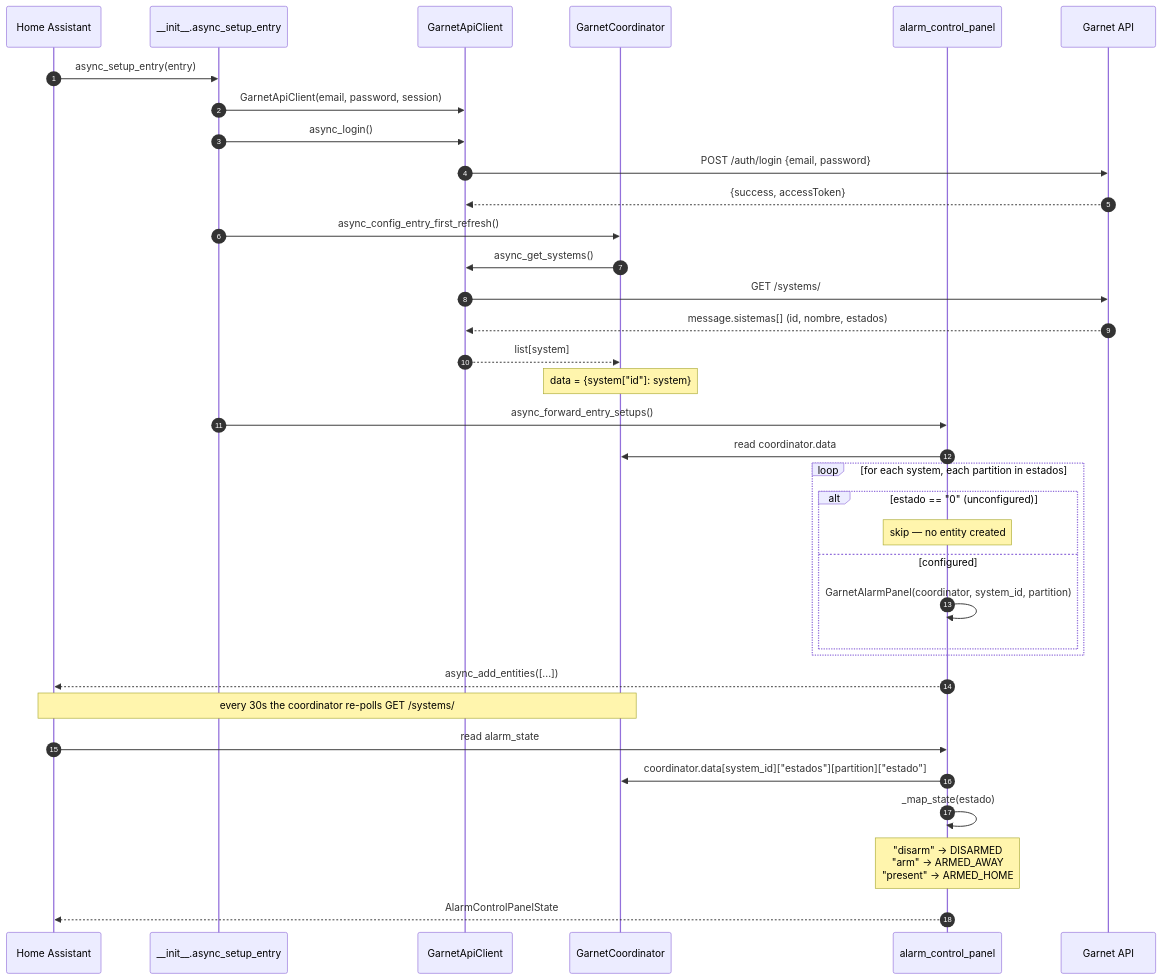
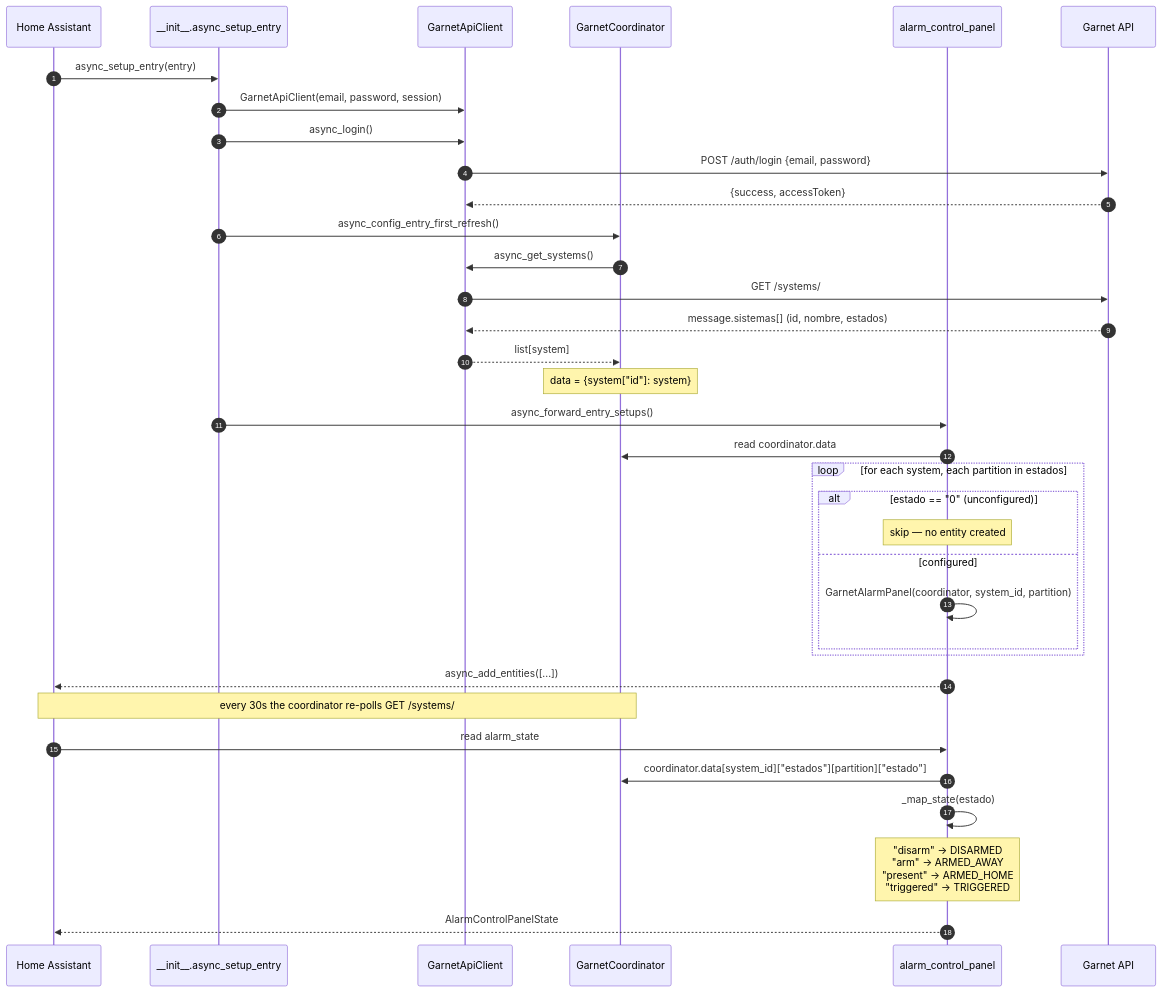
The second of 2 diagrams in docs/architecture.md (federicogon/garnet), drawn with Mermaid before and after one commit. The commit also changed other lines of this file and 4 other files, not shown here.

````diff
--- a/docs/architecture.md
+++ b/docs/architecture.md
@@ -53,41 +54,41 @@
 ```mermaid
 sequenceDiagram
     autonumber
     participant HA as Home Assistant
     participant Init as __init__.async_setup_entry
     participant Client as GarnetApiClient
     participant Coord as GarnetCoordinator
     participant Panel as alarm_control_panel
     participant API as Garnet API
 
     HA->>Init: async_setup_entry(entry)
     Init->>Client: GarnetApiClient(email, password, session)
     Init->>Client: async_login()
     Client->>API: POST /auth/login {email, password}
     API-->>Client: {success, accessToken}
 
     Init->>Coord: async_config_entry_first_refresh()
     Coord->>Client: async_get_systems()
     Client->>API: GET /systems/
     API-->>Client: message.sistemas[] (id, nombre, estados)
     Client-->>Coord: list[system]
     Note over Coord: data = {system["id"]: system}
 
     Init->>Panel: async_forward_entry_setups()
     Panel->>Coord: read coordinator.data
     loop for each system, each partition in estados
         alt estado == "0" (unconfigured)
             Note over Panel: skip — no entity created
         else configured
             Panel->>Panel: GarnetAlarmPanel(coordinator, system_id, partition)
         end
     end
     Panel-->>HA: async_add_entities([...])
 
     Note over HA,Coord: every 30s the coordinator re-polls GET /systems/
     HA->>Panel: read alarm_state
     Panel->>Coord: coordinator.data[system_id]["estados"][partition]["estado"]
     Panel->>Panel: _map_state(estado)
-    Note over Panel: "disarm" -> DISARMED<br/>"arm" -> ARMED_AWAY<br/>"present" -> ARMED_HOME
+    Note over Panel: "disarm" -> DISARMED<br/>"arm" -> ARMED_AWAY<br/>"present" -> ARMED_HOME<br/>"triggered" -> TRIGGERED
     Panel-->>HA: AlarmControlPanelState
 ```
````
